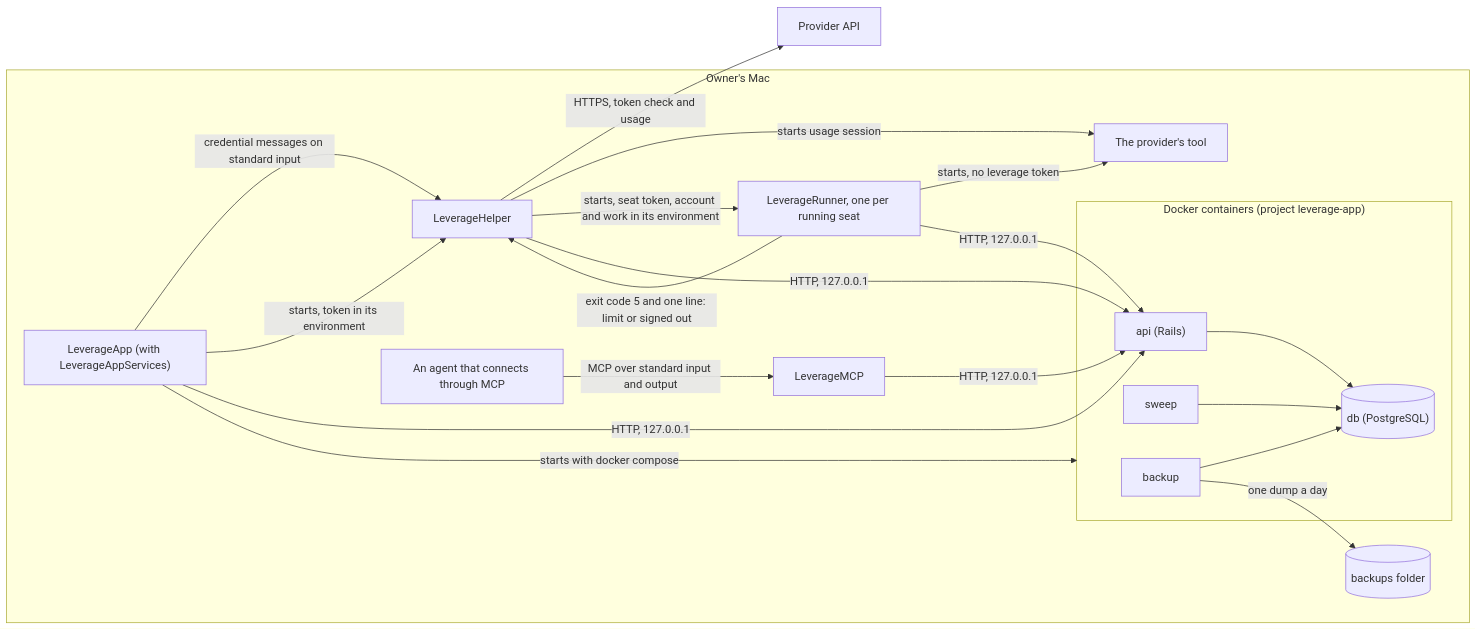
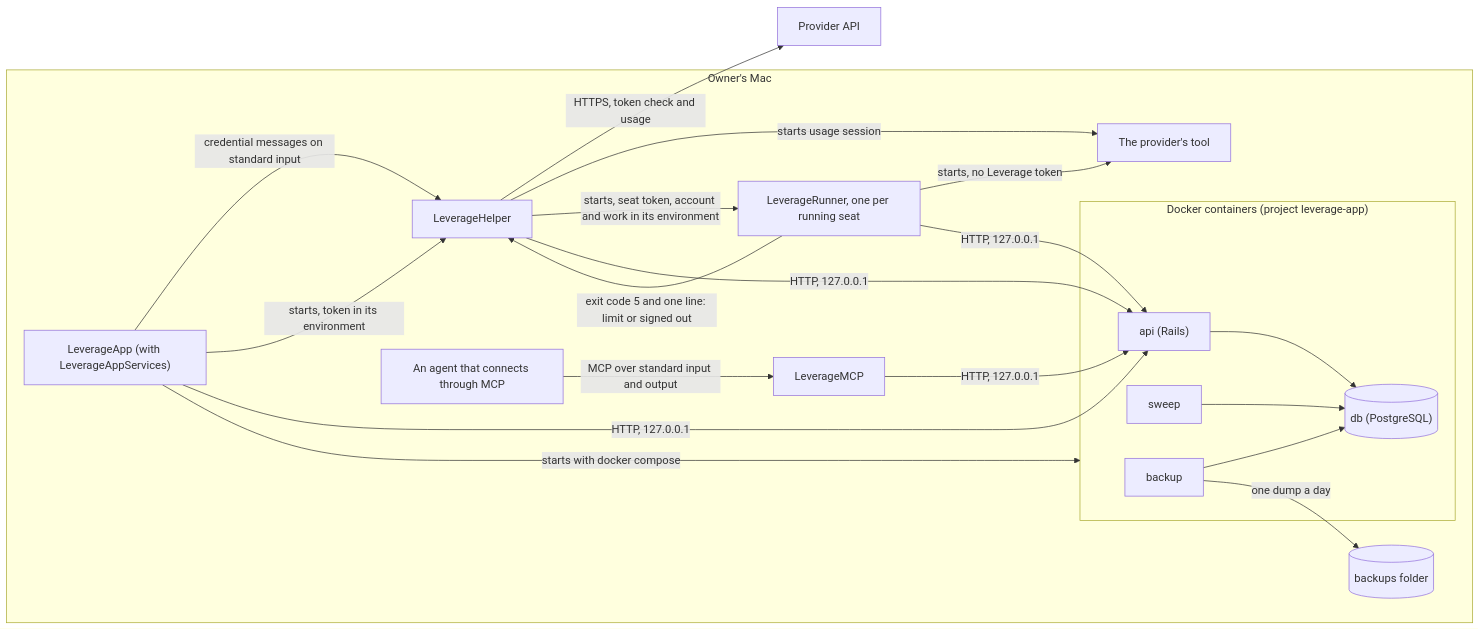
Before and after one commit to yuric/leverage: the diagram in docs/ARCHITECTURE.md, drawn with Mermaid. The commit also changed other lines of this file and 99 other files, not shown here.

````diff
--- a/docs/ARCHITECTURE.md
+++ b/docs/ARCHITECTURE.md
@@ -304,36 +304,36 @@
 ```mermaid
 flowchart LR
   subgraph mac["Owner's Mac"]
     app["LeverageApp (with LeverageAppServices)"]
     helper["LeverageHelper"]
     runner["LeverageRunner, one per running seat"]
     tool["The provider's tool"]
     client["An agent that connects through MCP"]
     mcp["LeverageMCP"]
     backups[("backups folder")]
     subgraph docker["Docker containers (project leverage-app)"]
       api["api (Rails)"]
       sweep["sweep"]
       backup["backup"]
       db[("db (PostgreSQL)")]
     end
   end
   providerApi["Provider API"]
   app -- "starts with docker compose" --> docker
   app -- "credential messages on standard input" --> helper
   helper -- "HTTPS, token check and usage" --> providerApi
   helper -- "starts usage session" --> tool
   app -- "starts, token in its environment" --> helper
   helper -- "starts, seat token, account and work in its environment" --> runner
   runner -- "exit code 5 and one line: limit or signed out" --> helper
-  runner -- "starts, no leverage token" --> tool
+  runner -- "starts, no Leverage token" --> tool
   app -- "HTTP, 127.0.0.1" --> api
   helper -- "HTTP, 127.0.0.1" --> api
   runner -- "HTTP, 127.0.0.1" --> api
   client -- "MCP over standard input and output" --> mcp
   mcp -- "HTTP, 127.0.0.1" --> api
   api --> db
   sweep --> db
   backup --> db
   backup -- "one dump a day" --> backups
 ```
````
